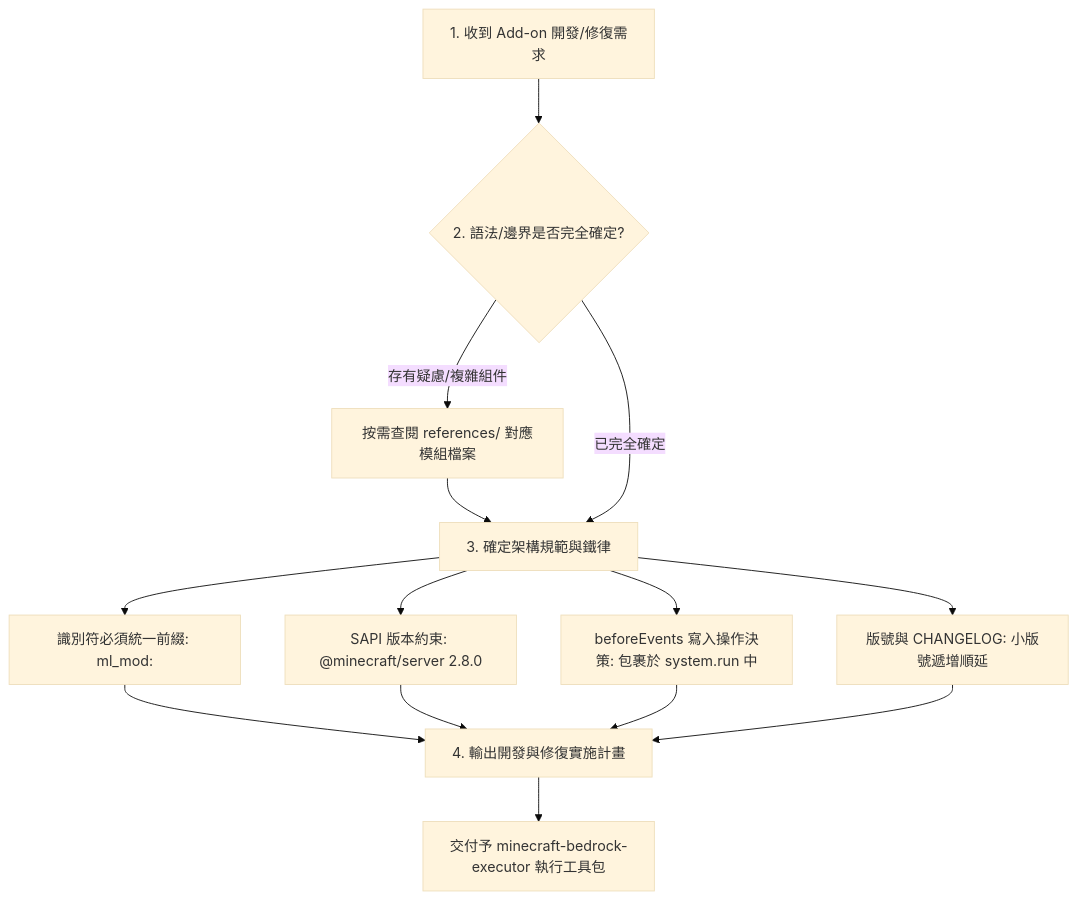
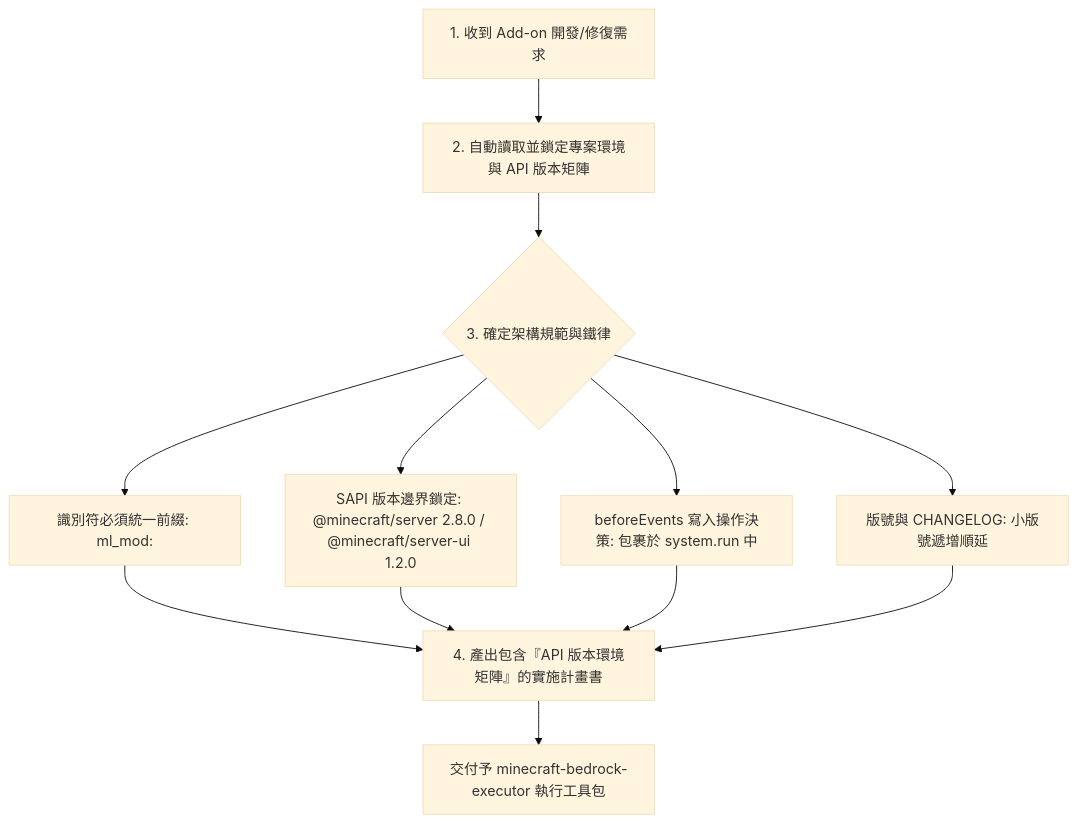
Before and after one commit to hi-6688/ml_addon: the diagram in .agents/skills/minecraft-bedrock-planner/SKILL.md, drawn with Mermaid (base theme). The commit also changed other lines of this file, not shown here.

Commit message:
規範: 要求計畫書產出必須顯性鎖定 SAPI 2.8.0 API 版本與環境邊界矩陣

````diff
--- a/.agents/skills/minecraft-bedrock-planner/SKILL.md
+++ b/.agents/skills/minecraft-bedrock-planner/SKILL.md
@@ -18,13 +18,11 @@
 ```mermaid
 graph TD
-    A[1. 收到 Add-on 開發/修復需求] --> B{2. 語法/邊界是否完全確定?}
-    B -- 存有疑慮/複雜組件 --> B1[按需查閱 references/ 對應模組檔案] --> C
-    B -- 已完全確定 --> C[3. 確定架構規範與鐵律]
-    
+    A[1. 收到 Add-on 開發/修復需求] --> B[2. 自動讀取並鎖定專案環境與 API 版本矩陣]
+    B --> C{3. 確定架構規範與鐵律}
     C --> C1[識別符必須統一前綴: ml_mod:]
-    C --> C2[SAPI 版本約束: @minecraft/server 2.8.0]
+    C --> C2[SAPI 版本邊界鎖定: @minecraft/server 2.8.0 / @minecraft/server-ui 1.2.0]
     C --> C3[beforeEvents 寫入操作決策: 包裹於 system.run 中]
     C --> C4[版號與 CHANGELOG: 小版號遞增順延]
-    C1 & C2 & C3 & C4 --> D[4. 輸出開發與修復實施計畫]
+    C1 & C2 & C3 & C4 --> D[4. 產出包含『API 版本環境矩陣』的實施計畫書]
     D --> E[交付予 minecraft-bedrock-executor 執行工具包]
 ```
````
